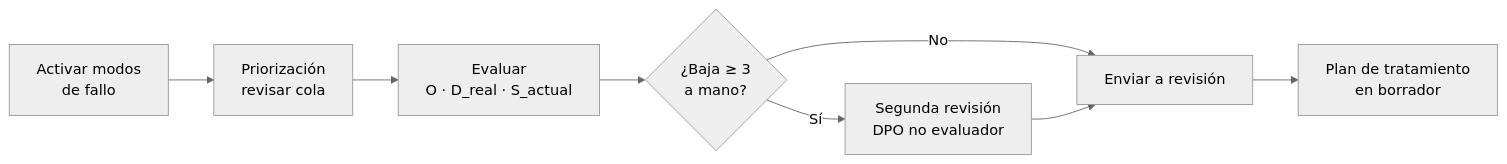
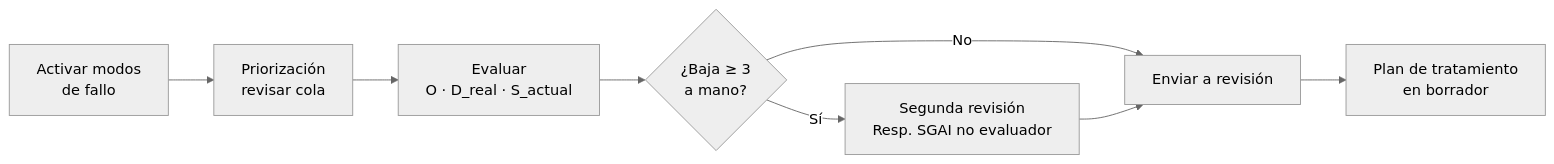
Before and after one commit to albarracingarciap/fluxion-saas: the fifth of 9 diagrams in docs/funcional/flujo-completo-evaluacion.md, drawn with Mermaid (neutral theme). The commit also changed other lines of this file and 11 other files, not shown here.

First line of the commit message:
feat(plan): permisos del plan y de la segunda revisión según DP-01 (B01)

````diff
--- a/docs/funcional/flujo-completo-evaluacion.md
+++ b/docs/funcional/flujo-completo-evaluacion.md
@@ -460,10 +461,10 @@
 ```mermaid
 flowchart LR
   A[Activar modos<br/>de fallo] --> B[Priorización<br/>revisar cola]
   B --> C[Evaluar<br/>O · D_real · S_actual]
   C --> D{¿Baja ≥ 3<br/>a mano?}
-  D -->|Sí| E[Segunda revisión<br/>DPO no evaluador]
+  D -->|Sí| E[Segunda revisión<br/>Resp. SGAI no evaluador]
   D -->|No| F
   E --> F[Enviar a revisión]
   F --> G[Plan de tratamiento<br/>en borrador]
 ```
````
